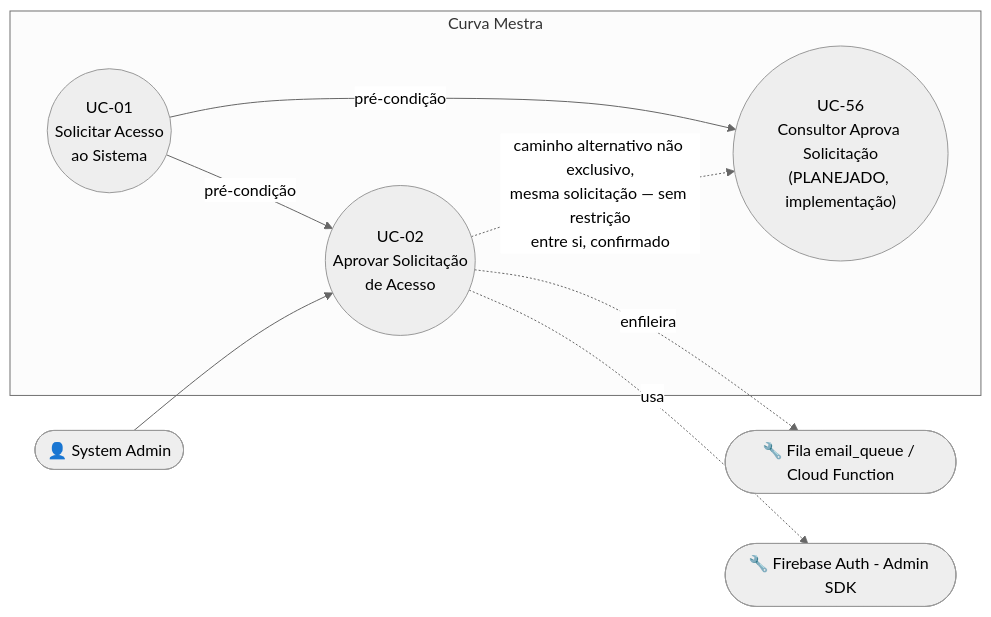
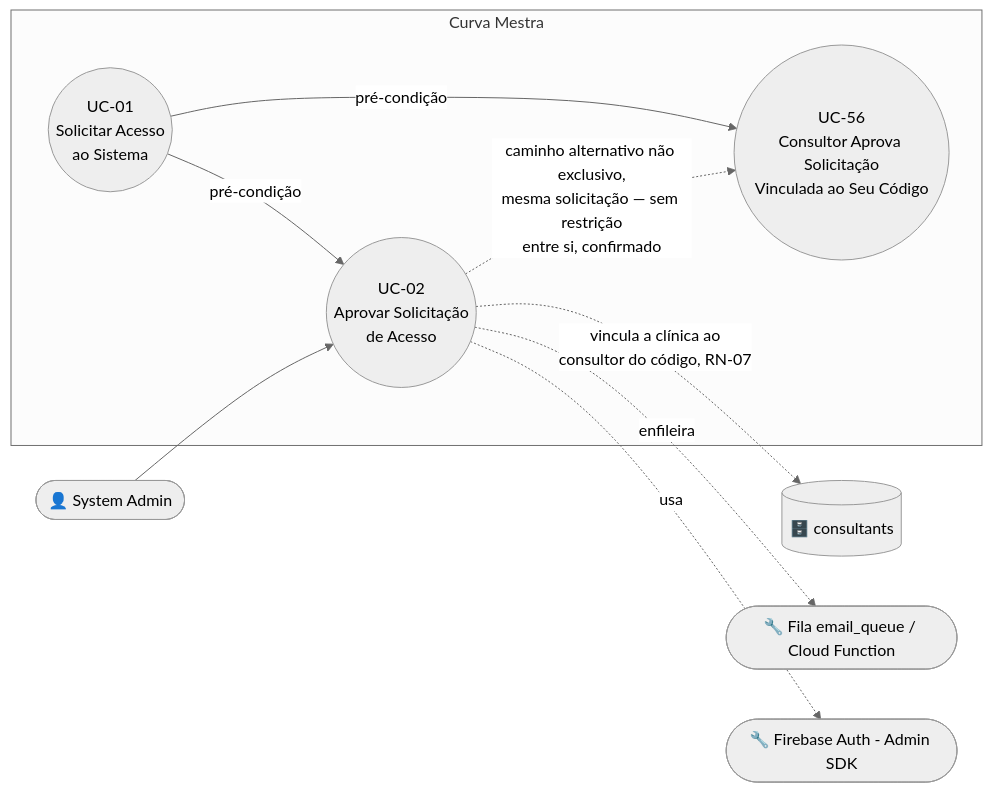
The diagram in ONLY_FOR_DEVS/PO_BA_Docs/UC-02-aprovar-solicitacao-de-acesso.md (GScandelari/curva_mestra_system), drawn with Mermaid (neutral theme) before and after one commit. The commit also changed other lines of this file and 6 other files, not shown here.

First line of the commit message:
docs(uc): close consultant approval flow after release 1.13.0 (v3.50)

````diff
--- a/ONLY_FOR_DEVS/PO_BA_Docs/UC-02-aprovar-solicitacao-de-acesso.md
+++ b/ONLY_FOR_DEVS/PO_BA_Docs/UC-02-aprovar-solicitacao-de-acesso.md
@@ -16,19 +16,21 @@
 ```mermaid
 flowchart LR
     Admin([👤 System Admin])
     FirebaseAuth([🔧 Firebase Auth - Admin SDK])
     EmailQueue([🔧 Fila email_queue / Cloud Function])
+    Consultants[("🗄️ consultants")]
 
     subgraph Sistema["Curva Mestra"]
         UC01(("UC-01\nSolicitar Acesso\nao Sistema"))
         UC02(("UC-02\nAprovar Solicitação\nde Acesso"))
-        UC56(("UC-56\nConsultor Aprova Solicitação\n(PLANEJADO, implementação)"))
+        UC56(("UC-56\nConsultor Aprova Solicitação\nVinculada ao Seu Código"))
     end
 
     Admin --> UC02
     UC02 -.->|usa| FirebaseAuth
     UC02 -.->|enfileira| EmailQueue
+    UC02 -.->|vincula a clínica ao\nconsultor do código, RN-07| Consultants
     UC01 -->|pré-condição| UC02
     UC01 -->|pré-condição| UC56
     UC02 -.->|caminho alternativo não exclusivo,\nmesma solicitação — sem restrição\nentre si, confirmado| UC56
 ```
````
